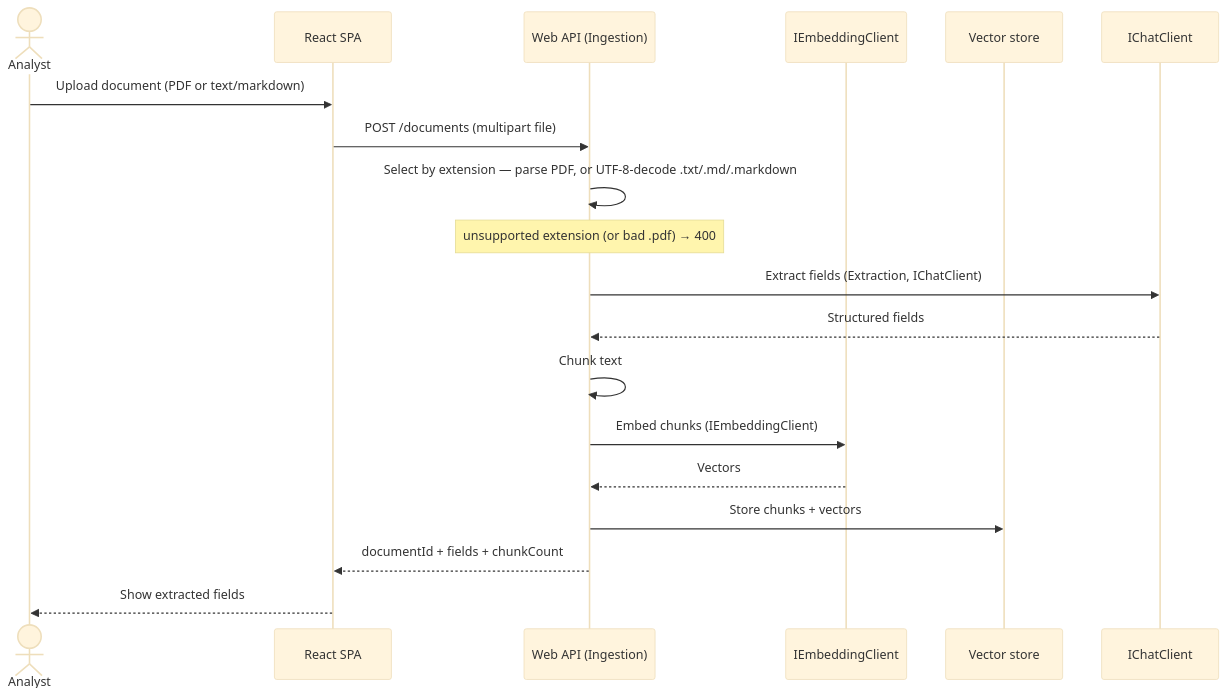
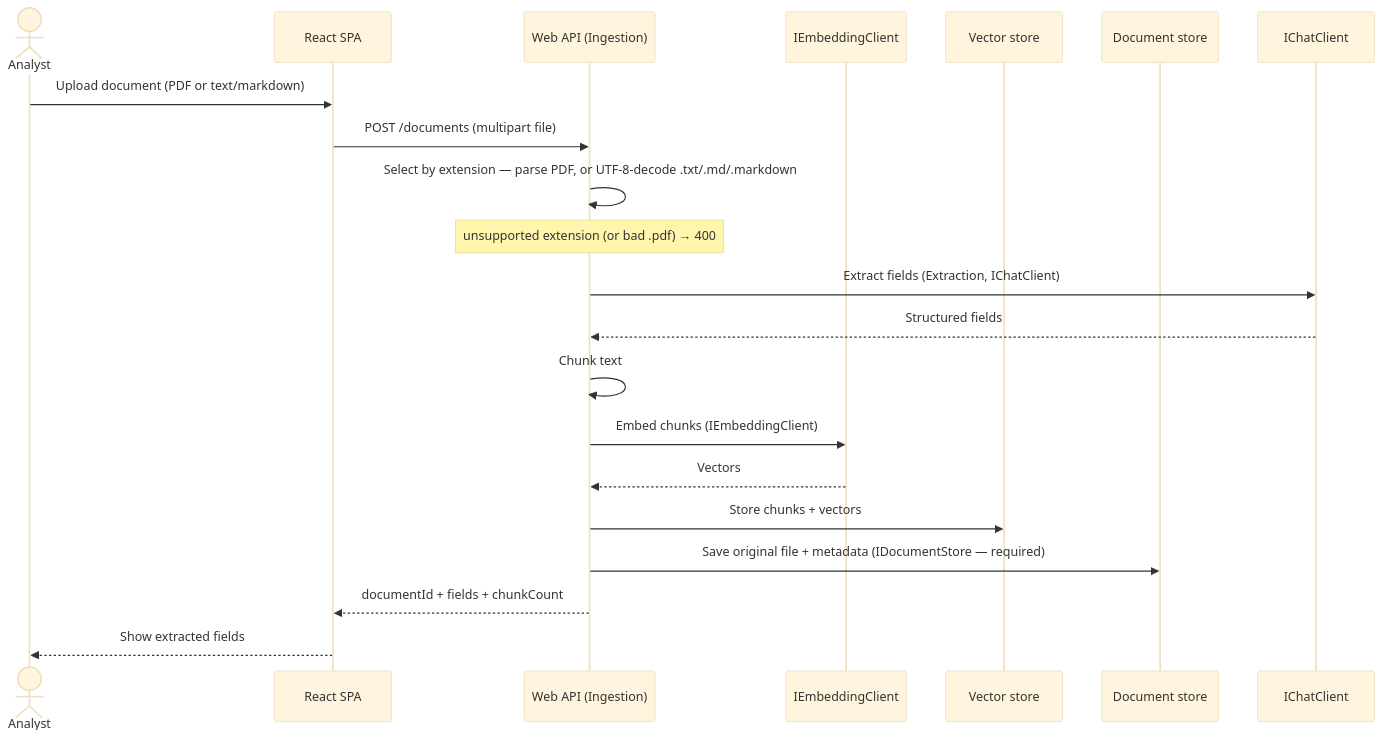
The first of 3 diagrams in knowledge/docs/DATA-FLOW.md (hectorreyesdev/landdoc-intelligence), drawn with Mermaid (base theme) before and after one commit. The commit also changed other lines of this file and 70 other files, not shown here.

First line of the commit message:
Persisted document store: documents table + source-document viewer (#34)

````diff
--- a/knowledge/docs/DATA-FLOW.md
+++ b/knowledge/docs/DATA-FLOW.md
@@ -8,22 +8,24 @@
 ```mermaid
 sequenceDiagram
     actor A as Analyst
     participant SPA as React SPA
     participant API as Web API (Ingestion)
     participant E as IEmbeddingClient
     participant V as Vector store
+    participant D as Document store
     participant C as IChatClient
 
     A->>SPA: Upload document (PDF or text/markdown)
     SPA->>API: POST /documents (multipart file)
     API->>API: Select by extension — parse PDF, or UTF-8-decode .txt/.md/.markdown
     note over API: unsupported extension (or bad .pdf) → 400
     API->>C: Extract fields (Extraction, IChatClient)
     C-->>API: Structured fields
     API->>API: Chunk text
     API->>E: Embed chunks (IEmbeddingClient)
     E-->>API: Vectors
     API->>V: Store chunks + vectors
+    API->>D: Save original file + metadata (IDocumentStore — required)
     API-->>SPA: documentId + fields + chunkCount
     SPA-->>A: Show extracted fields
 ```
````
